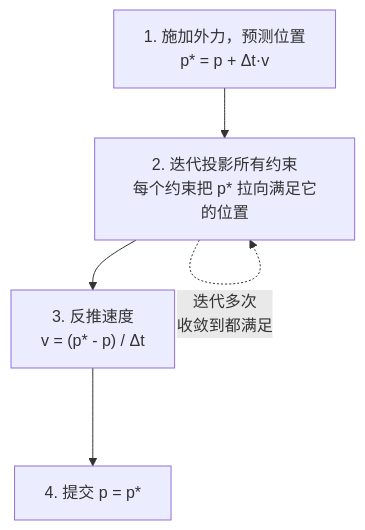
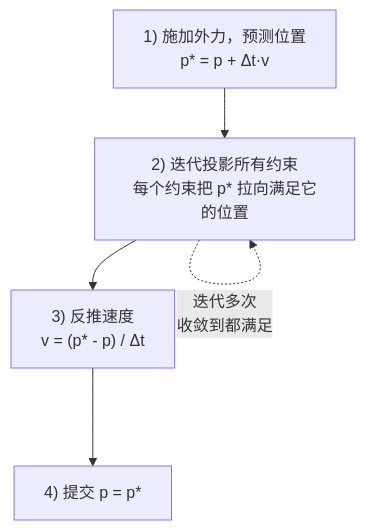
The first of 3 diagrams in TripoDCC&Shader知识库/Renderer/软体模拟/07 PBD 与 PBF.md (Pleasant233/Library), drawn with Mermaid before and after one commit. The commit also changed other lines of this file, not shown here.

First line of the commit message:
fix: 修复 07 PBD 与 PBF 的 Mermaid 渲染错误

````diff
--- a/TripoDCC&Shader知识库/Renderer/软体模拟/07 PBD 与 PBF.md
+++ b/TripoDCC&Shader知识库/Renderer/软体模拟/07 PBD 与 PBF.md
@@ -17,7 +17,7 @@
 ```mermaid
 flowchart TD
-    A["1. 施加外力，预测位置\np* = p + Δt·v"] --> B["2. 迭代投影所有约束\n每个约束把 p* 拉向满足它的位置"]
-    B --> C["3. 反推速度\nv = (p* - p) / Δt"]
-    C --> D["4. 提交 p = p*"]
+    A["1) 施加外力，预测位置\np* = p + Δt·v"] --> B["2) 迭代投影所有约束\n每个约束把 p* 拉向满足它的位置"]
+    B --> C["3) 反推速度\nv = (p* - p) / Δt"]
+    C --> D["4) 提交 p = p*"]
     B -.->|"迭代多次\n收敛到都满足"| B
 ```
````
